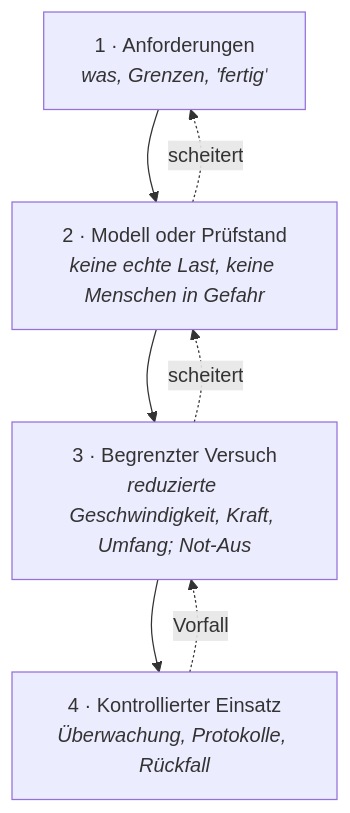
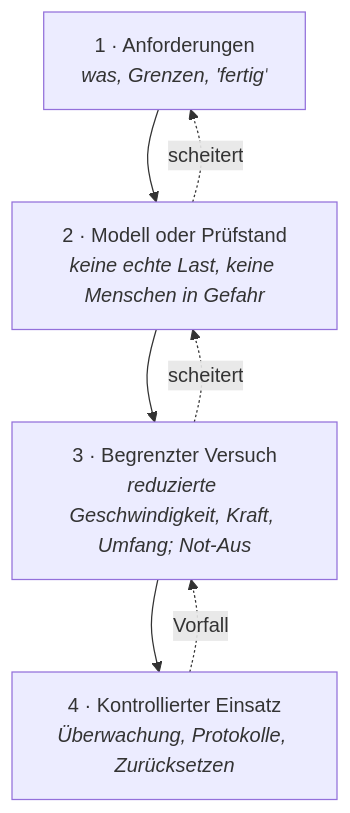
Before and after one commit to HomenSAI/two-worlds-one-mind: the second of 2 diagrams in book/de/04-physical-ai.md, drawn with Mermaid. The commit also changed other lines of this file and 12 other files, not shown here.

````diff
--- a/book/de/04-physical-ai.md
+++ b/book/de/04-physical-ai.md
@@ -49,7 +49,7 @@
 ```mermaid
 flowchart TB
-    R["1 · Anforderungen<br/><i>was, Grenzen, 'fertig'</i>"] --> M["2 · Modell oder Prüfstand<br/><i>keine echte Last, keine Menschen in Gefahr</i>"] --> L["3 · Begrenzter Versuch<br/><i>reduzierte Geschwindigkeit, Kraft, Umfang; Not-Aus</i>"] --> C["4 · Kontrollierter Einsatz<br/><i>Überwachung, Protokolle, Rückfall</i>"]
+    R["1 · Anforderungen<br/><i>was, Grenzen, 'fertig'</i>"] --> M["2 · Modell oder Prüfstand<br/><i>keine echte Last, keine Menschen in Gefahr</i>"] --> L["3 · Begrenzter Versuch<br/><i>reduzierte Geschwindigkeit, Kraft, Umfang; Not-Aus</i>"] --> C["4 · Kontrollierter Einsatz<br/><i>Überwachung, Protokolle, Zurücksetzen</i>"]
     M -. scheitert .-> R
     L -. scheitert .-> M
     C -. Vorfall .-> L
 ```
````
